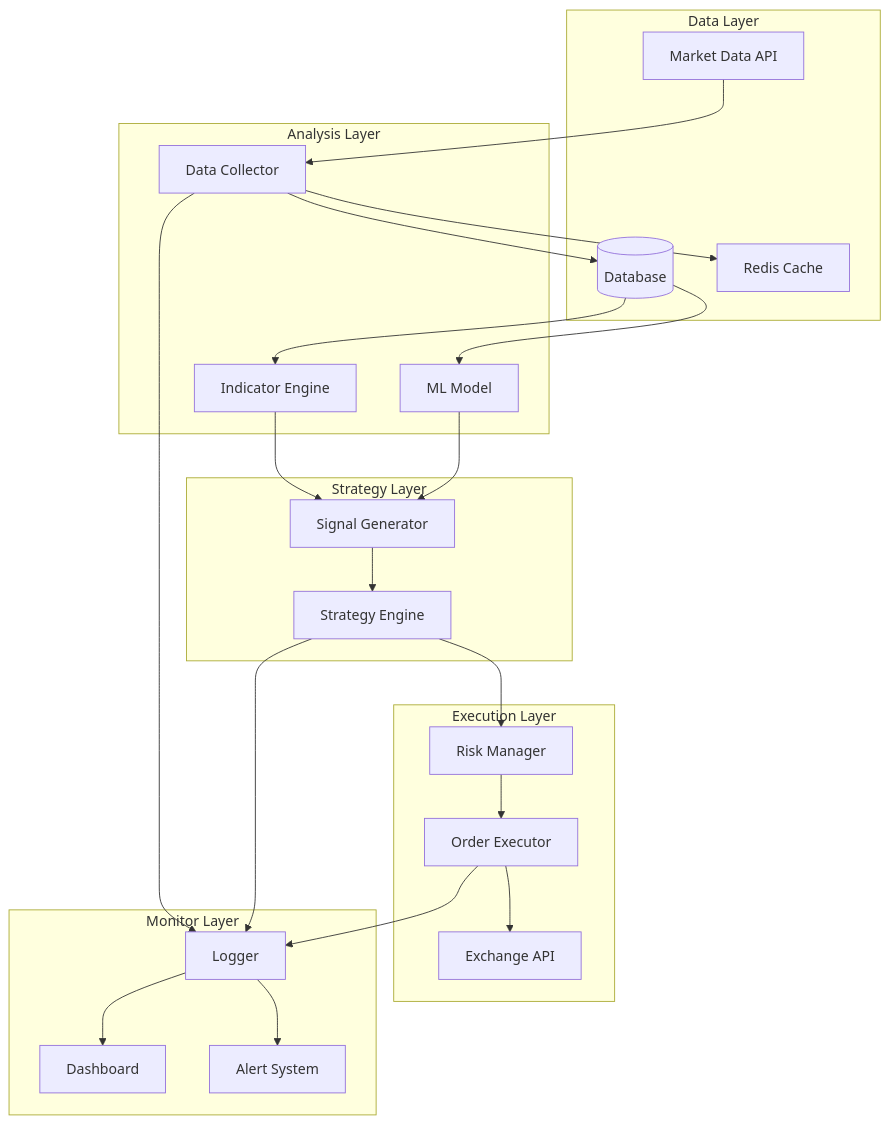
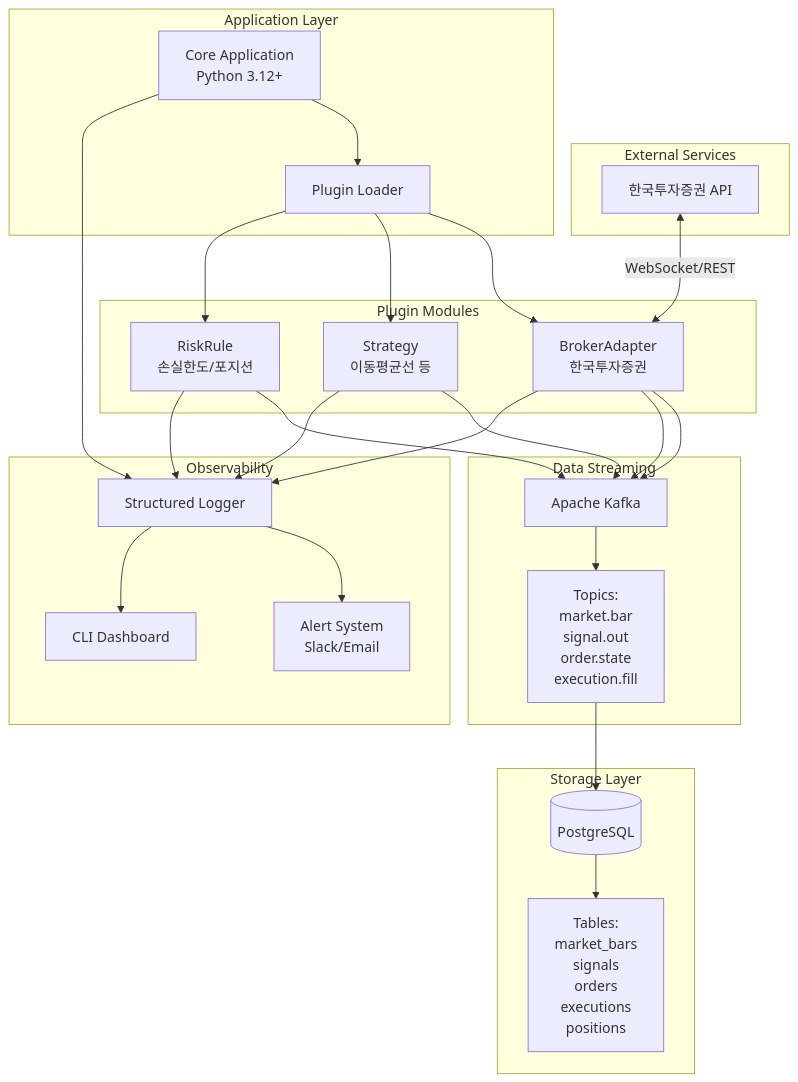
One commit to smk692/auto-trading-system changed the sixth of 6 diagrams in README.md. Above: the diagram before and after it, drawn with Mermaid. The commit also changed other lines of this file, not shown here.

First line of the commit message:
feat(#7): README.md 업데이트 - 한국투자증권 API 기반 시스템 FLOW 및 작업 내용 상세화

````diff
--- a/README.md
+++ b/README.md
@@ -216,51 +470,55 @@
 ```mermaid
 graph TB
-    subgraph "Data Layer"
-        MKT[Market Data API]
-        DB[(Database)]
-        CACHE[Redis Cache]
+    subgraph "External Services"
+        KI_API[한국투자증권 API]
     end
 
-    subgraph "Analysis Layer"
-        COL[Data Collector]
-        IND[Indicator Engine]
-        ML[ML Model]
+    subgraph "Application Layer"
+        CORE[Core Application<br/>Python 3.12+]
+        LOADER[Plugin Loader]
     end
 
-    subgraph "Strategy Layer"
-        STRAT[Strategy Engine]
-        SIG[Signal Generator]
+    subgraph "Plugin Modules"
+        BA[BrokerAdapter<br/>한국투자증권]
+        ST[Strategy<br/>이동평균선 등]
+        RISK[RiskRule<br/>손실한도/포지션]
     end
 
-    subgraph "Execution Layer"
-        RISK[Risk Manager]
-        EXEC[Order Executor]
-        EX[Exchange API]
+    subgraph "Data Streaming"
+        KAFKA[Apache Kafka]
+        TOPICS[Topics:<br/>market.bar<br/>signal.out<br/>order.state<br/>execution.fill]
     end
 
-    subgraph "Monitor Layer"
-        LOG[Logger]
-        DASH[Dashboard]
-        ALERT[Alert System]
+    subgraph "Storage Layer"
+        PG[(PostgreSQL)]
+        TABLES[Tables:<br/>market_bars<br/>signals<br/>orders<br/>executions<br/>positions]
     end
 
-    MKT --> COL
-    COL --> DB
-    COL --> CACHE
+    subgraph "Observability"
+        LOG[Structured Logger]
+        ALERT[Alert System<br/>Slack/Email]
+        DASH[CLI Dashboard]
+    end
 
-    DB --> IND
-    DB --> ML
-    IND --> SIG
-    ML --> SIG
+    KI_API <-->|WebSocket/REST| BA
+    CORE --> LOADER
+    LOADER --> BA
+    LOADER --> ST
+    LOADER --> RISK
 
-    SIG --> STRAT
-    STRAT --> RISK
-    RISK --> EXEC
-    EXEC --> EX
+    BA --> KAFKA
+    ST --> KAFKA
+    RISK --> KAFKA
+    BA --> KAFKA
 
-    COL --> LOG
-    STRAT --> LOG
-    EXEC --> LOG
+    KAFKA --> TOPICS
+    TOPICS --> PG
+    PG --> TABLES
+
+    CORE --> LOG
+    BA --> LOG
+    ST --> LOG
+    RISK --> LOG
+    LOG --> ALERT
     LOG --> DASH
-    LOG --> ALERT
 ```
````
